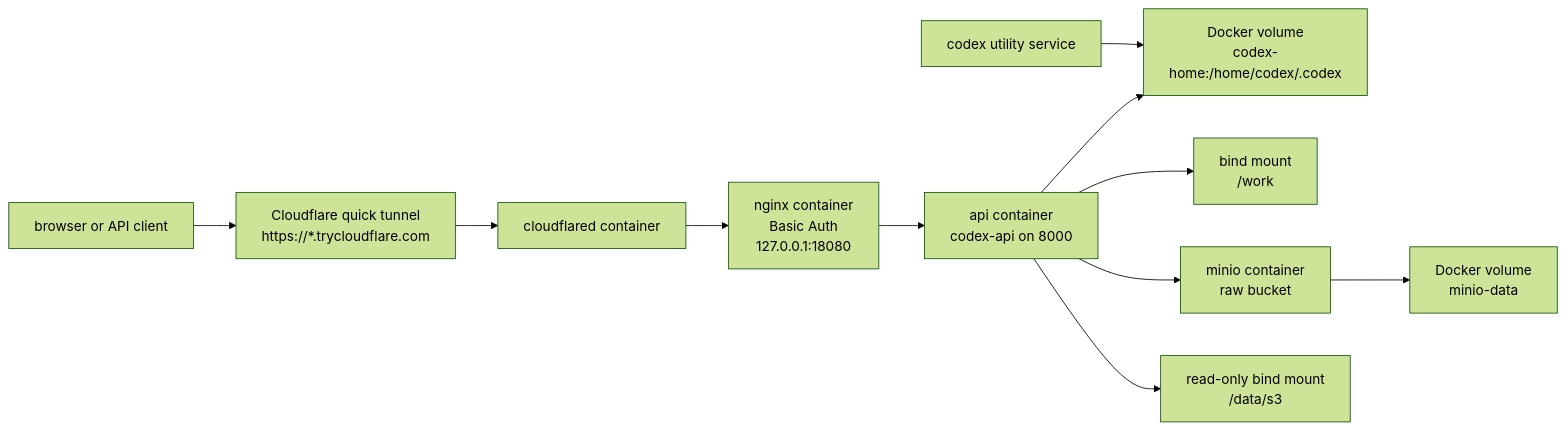
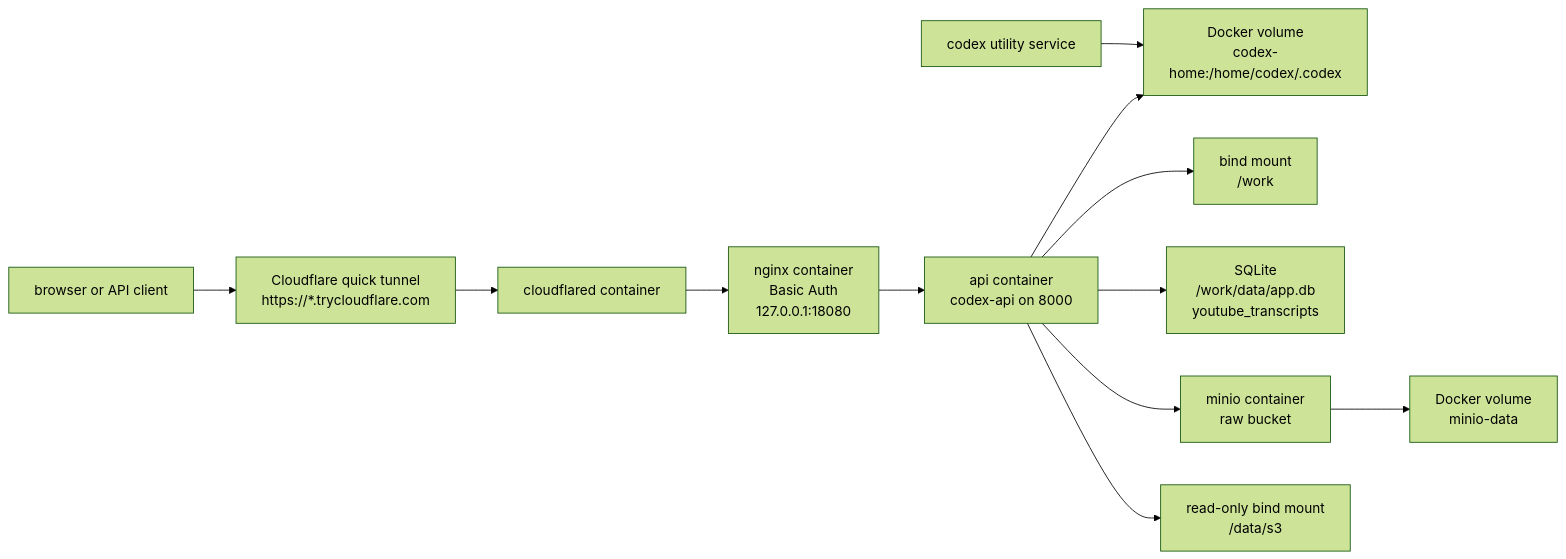
Before and after one commit to Mabaragi/codex-youtube-pipeline: the fourth of 5 diagrams in docs/CICD.md, drawn with Mermaid (forest theme). The commit also changed other lines of this file and 32 other files, not shown here.

````diff
--- a/docs/CICD.md
+++ b/docs/CICD.md
@@ -127,14 +131,15 @@
 ```mermaid
 flowchart LR
     Client["browser or API client"] --> Tunnel["Cloudflare quick tunnel<br/>https://*.trycloudflare.com"]
     Tunnel --> Cloudflared["cloudflared container"]
     Cloudflared --> Nginx["nginx container<br/>Basic Auth<br/>127.0.0.1:18080"]
     Nginx --> API["api container<br/>codex-api on 8000"]
 
     API --> CodexVolume["Docker volume<br/>codex-home:/home/codex/.codex"]
     CodexTool["codex utility service"] --> CodexVolume
     API --> WorkBind["bind mount<br/>/work"]
+    API --> SQLite["SQLite<br/>/work/data/app.db<br/>youtube_transcripts"]
     API --> MinIO["minio container<br/>raw bucket"]
     MinIO --> MinioVolume["Docker volume<br/>minio-data"]
     API --> S3Bind["read-only bind mount<br/>/data/s3"]
 ```
````
